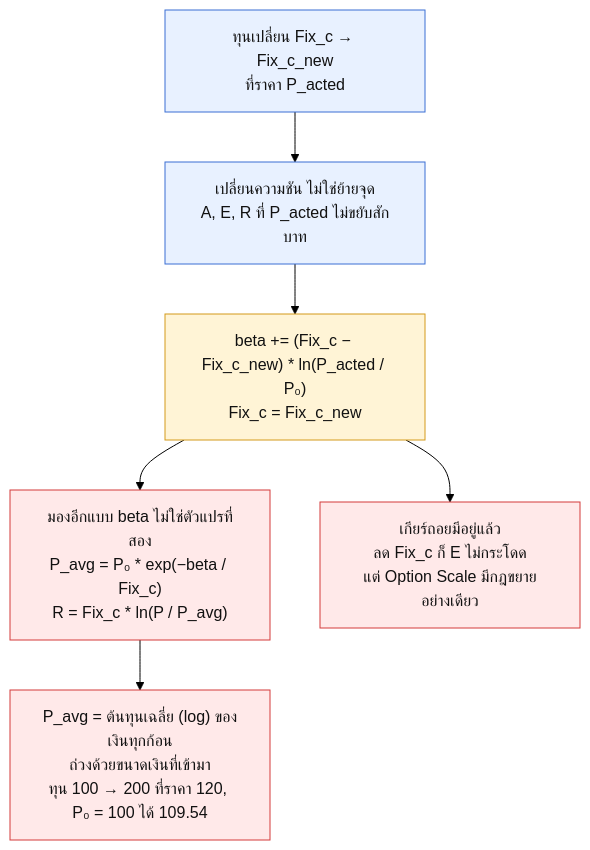
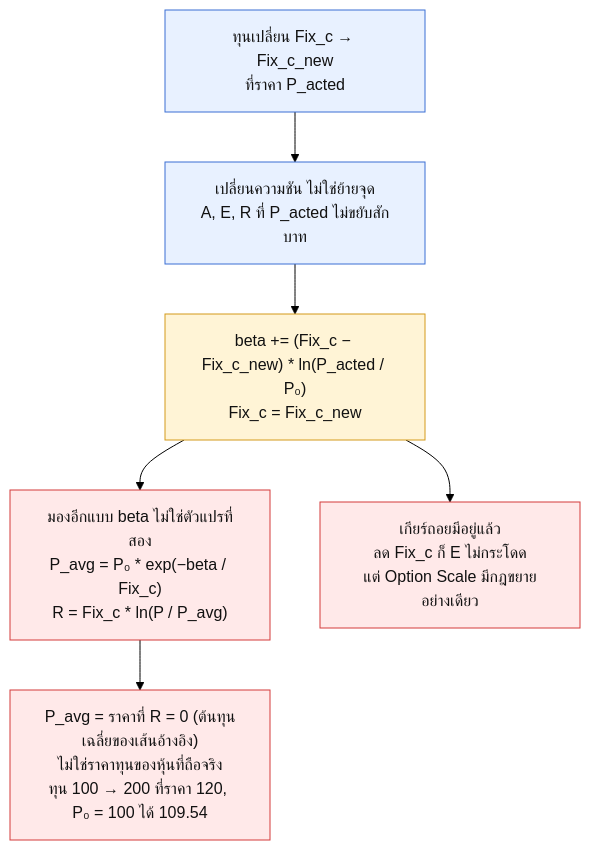
Before and after one commit to firstnattapon/streamlit_lego: the diagram in docs/key_messages/key_rollover.mmd, drawn with Mermaid (forest theme). The commit also changed 2 other files, not shown here.

Commit message:
Key Messages: add the TL;DR (5 messages + one sentence) and clarify P_avg
- Put the five key messages and the one-sentence summary at the top of
  KEY_MESSAGES_TH.md; rename the old "30 seconds" table to a per-topic overview.
- P_avg is the price where R = 0 (the anchor of the reference line), not the
  cost basis of the shares held. Checked on the Playground and test examples
  (R(P_avg) is zero to ~1e-14); a scale-down example gives P_avg = 59.17,
  below every price the capital entered at.
- Add the persistent down-trend case to the "E >= 0 is not a win" evidence and
  say E only grows while the price keeps moving.
- Update key_rollover.mmd and key_overview.mmd to the same wording.

Claude-Session: https://claude.ai/code/session_01Q9gPNv7cfm5CAW4GiCctCc

```diff
--- a/docs/key_messages/key_rollover.mmd
+++ b/docs/key_messages/key_rollover.mmd
@@ -1,17 +1,17 @@
 flowchart TD
     S["ทุนเปลี่ยน Fix_c → Fix_c_new<br/>ที่ราคา P_acted"] --> K["เปลี่ยนความชัน ไม่ใช่ย้ายจุด<br/>A, E, R ที่ P_acted ไม่ขยับสักบาท"]
 
     K --> B["beta += (Fix_c − Fix_c_new) * ln(P_acted / P₀)<br/>Fix_c = Fix_c_new"]
 
     B --> V["มองอีกแบบ beta ไม่ใช่ตัวแปรที่สอง<br/>P_avg = P₀ * exp(−beta / Fix_c)<br/>R = Fix_c * ln(P / P_avg)"]
-    V --> X["P_avg = ต้นทุนเฉลี่ย (log) ของเงินทุกก้อน<br/>ถ่วงด้วยขนาดเงินที่เข้ามา<br/>ทุน 100 → 200 ที่ราคา 120, P₀ = 100 ได้ 109.54"]
+    V --> X["P_avg = ราคาที่ R = 0 (ต้นทุนเฉลี่ยของเส้นอ้างอิง)<br/>ไม่ใช่ราคาทุนของหุ้นที่ถือจริง<br/>ทุน 100 → 200 ที่ราคา 120, P₀ = 100 ได้ 109.54"]
 
     B --> G["เกียร์ถอยมีอยู่แล้ว<br/>ลด Fix_c ก็ E ไม่กระโดด<br/>แต่ Option Scale มีกฎขยายอย่างเดียว"]
 
     classDef calc fill:#e8f1ff,stroke:#3b6fd4,color:#111;
     classDef act fill:#fff4d6,stroke:#d49a1a,color:#111;
     classDef gap fill:#ffe9e9,stroke:#d43b3b,color:#111;
 
     class S,K calc;
     class B act;
     class V,X,G gap;
```
